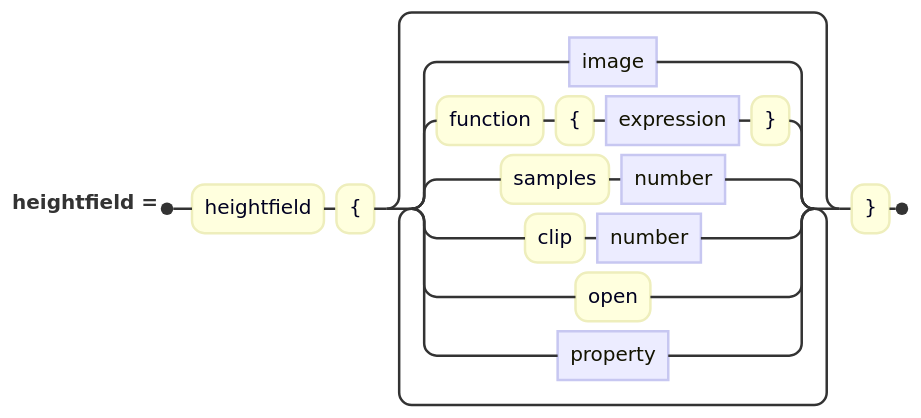
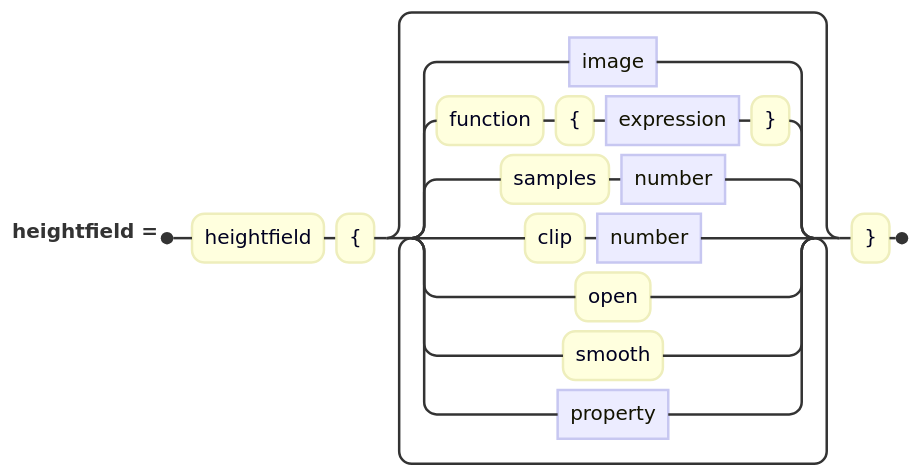
One commit to jskress/RayTracer changed the diagram in docs/diagrams/advanced/heightFieldClause.mmd. Above: the diagram before and after it, drawn with Mermaid. The commit also changed 10 other files, not shown here.

```diff
--- a/docs/diagrams/advanced/heightFieldClause.mmd
+++ b/docs/diagrams/advanced/heightFieldClause.mmd
@@ -1,5 +1,5 @@
 railroad-ebnf-beta
 title "A height field"
 
 heightfield = "heightfield" "{" { image | "function" "{" expression "}" | "samples" number
-            | "clip" number | "open" | property } "}" ;
+            | "clip" number | "open" | "smooth" | property } "}" ;
```
